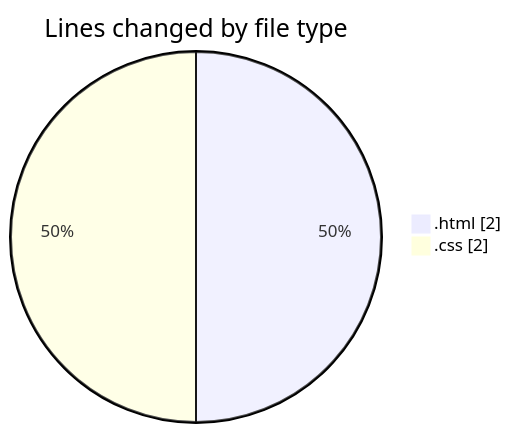
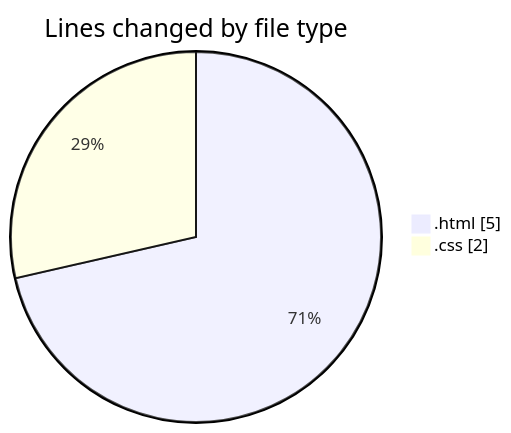
Before and after one commit to IJAZ3593/code-tracking: the first of 2 diagrams in 2025-09-02/cheat_1/README.md, drawn with Mermaid. The commit also changed other lines of this file and 1 other file, not shown here.

````diff
--- a/2025-09-02/cheat_1/README.md
+++ b/2025-09-02/cheat_1/README.md
@@ -21,6 +24,6 @@
 ```mermaid
 pie showData
 title Lines changed by file type
-".html" : 2
+".html" : 5
 ".css" : 2
 ```
````
